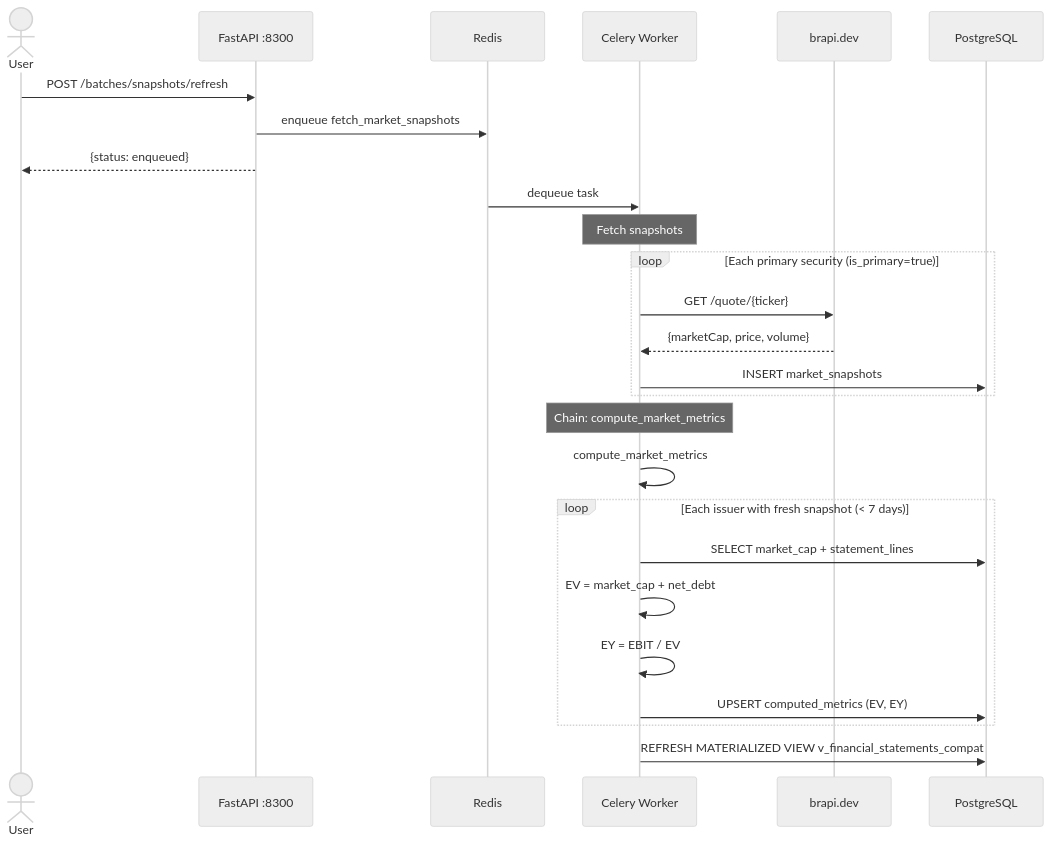
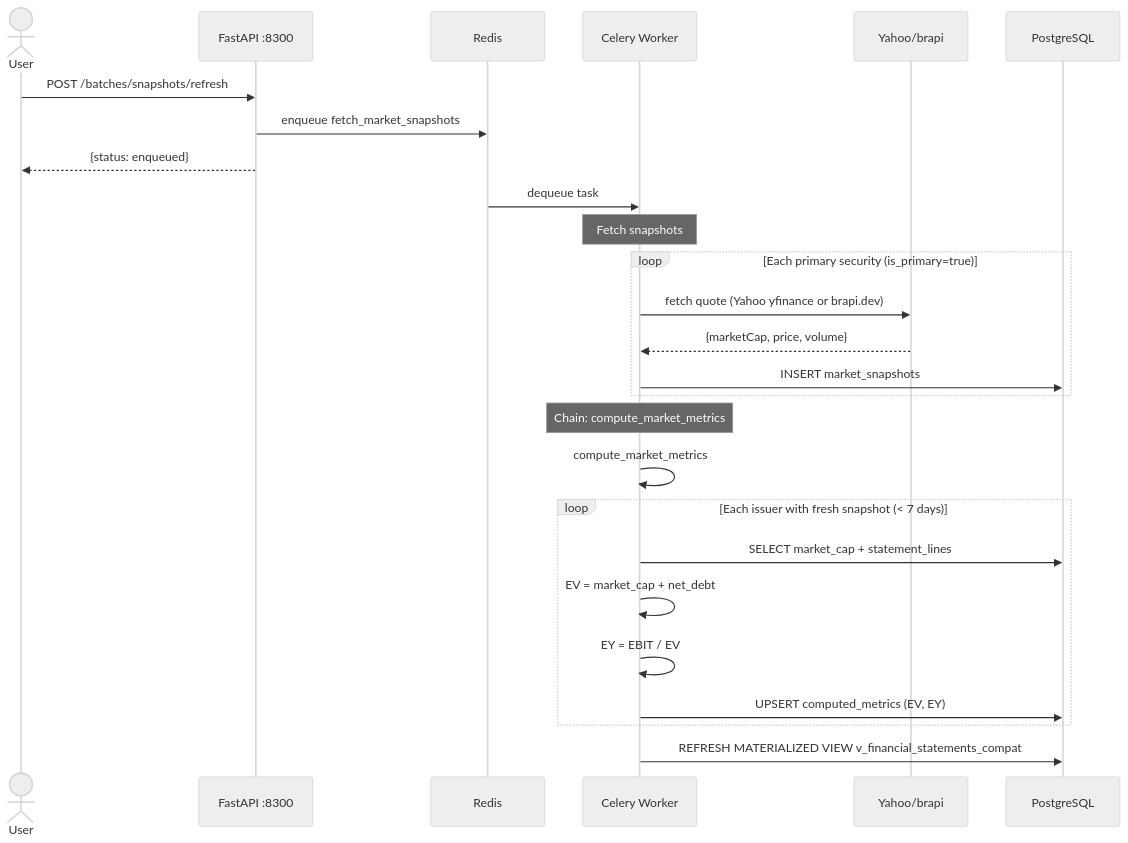
The fourth of 4 diagrams in docs/fundamentals-engine.md (luoarch/q-cube), drawn with Mermaid (neutral theme) before and after one commit. The commit also changed other lines of this file and 10 other files, not shown here.

````diff
--- a/docs/fundamentals-engine.md
+++ b/docs/fundamentals-engine.md
@@ -275,32 +275,32 @@
 ```mermaid
 sequenceDiagram
     actor User
     participant API as FastAPI :8300
     participant Redis
     participant Worker as Celery Worker
-    participant Brapi as brapi.dev
+    participant Brapi as Yahoo/brapi
     participant DB as PostgreSQL
 
     User->>API: POST /batches/snapshots/refresh
     API->>Redis: enqueue fetch_market_snapshots
     API-->>User: {status: enqueued}
 
     Redis->>Worker: dequeue task
 
     Note over Worker: Fetch snapshots
     loop Each primary security (is_primary=true)
-        Worker->>Brapi: GET /quote/{ticker}
+        Worker->>Brapi: fetch quote (Yahoo yfinance or brapi.dev)
         Brapi-->>Worker: {marketCap, price, volume}
         Worker->>DB: INSERT market_snapshots
     end
 
     Note over Worker: Chain: compute_market_metrics
     Worker->>Worker: compute_market_metrics
     loop Each issuer with fresh snapshot (< 7 days)
         Worker->>DB: SELECT market_cap + statement_lines
         Worker->>Worker: EV = market_cap + net_debt
         Worker->>Worker: EY = EBIT / EV
         Worker->>DB: UPSERT computed_metrics (EV, EY)
     end
     Worker->>DB: REFRESH MATERIALIZED VIEW v_financial_statements_compat
 ```
````
